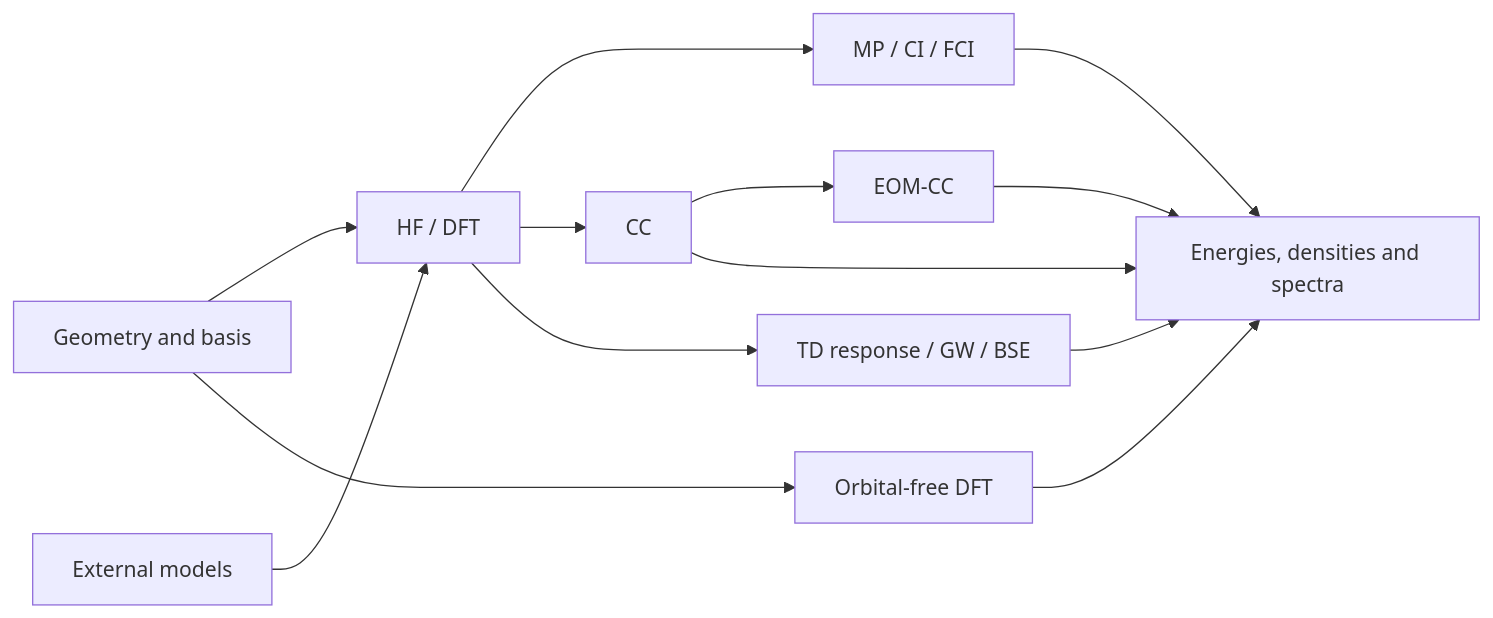
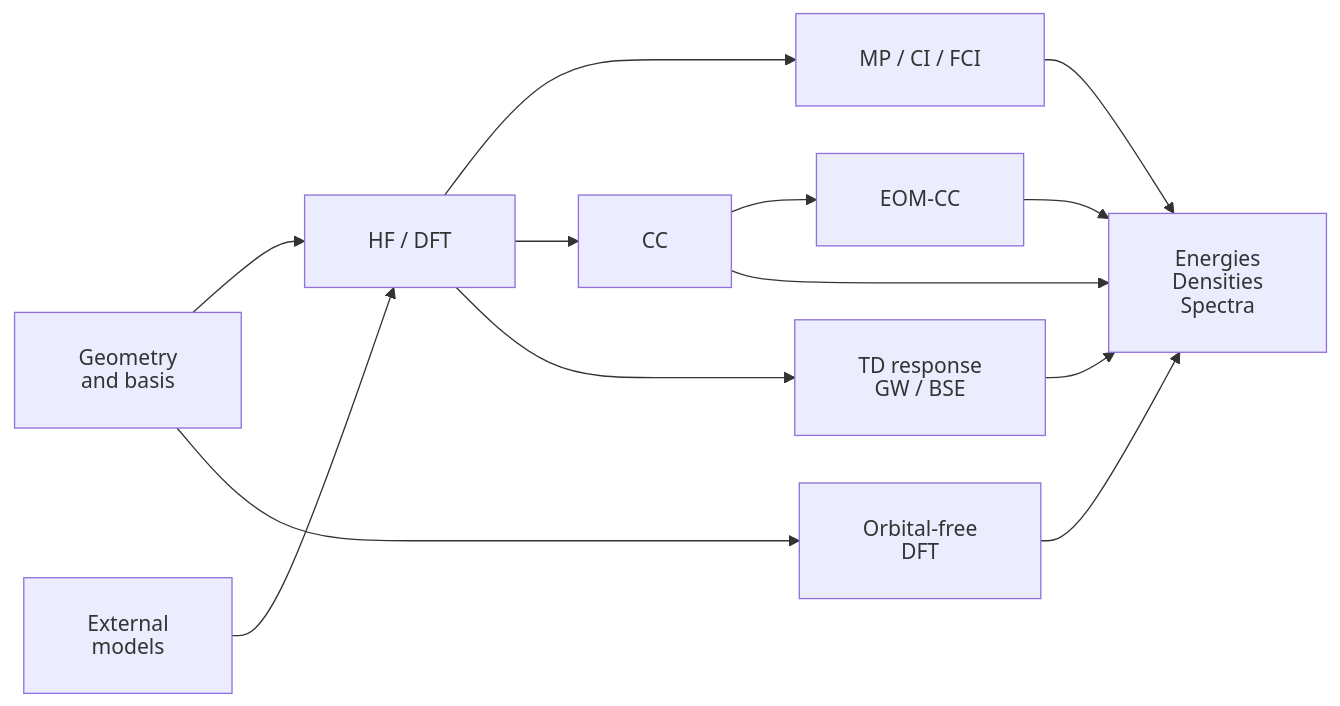
One commit to STOKES-DOT/GradSCF changed the diagram in README.md. Above: the diagram before and after it, drawn with Mermaid.

Commit message:
docs: fix Highlights flowchart label clipping

````diff
--- a/README.md
+++ b/README.md
@@ -30,15 +30,16 @@
 ```mermaid
+%%{init: {"htmlLabels": false, "themeVariables": {"fontFamily": "Arial, sans-serif", "fontSize": "16px"}, "flowchart": {"padding": 24, "nodeSpacing": 36, "rankSpacing": 48}}}%%
 flowchart LR
-    I[Geometry and basis] --> S[HF / DFT]
-    M[External models] --> S
-    S --> P[MP / CI / FCI]
-    S --> C[CC]
-    S --> R[TD response / GW / BSE]
-    C --> E[EOM-CC]
-    I --> O[Orbital-free DFT]
-    P --> V[Energies, densities and spectra]
+    I["Geometry<br/>and basis"] --> S["HF / DFT"]
+    M["External<br/>models"] --> S
+    S --> P["MP / CI / FCI"]
+    S --> C["CC"]
+    S --> R["TD response<br/>GW / BSE"]
+    C --> E["EOM-CC"]
+    I --> O["Orbital-free<br/>DFT"]
+    P --> V["Energies<br/>Densities<br/>Spectra"]
     C --> V
     R --> V
     E --> V
     O --> V
 ```
````
